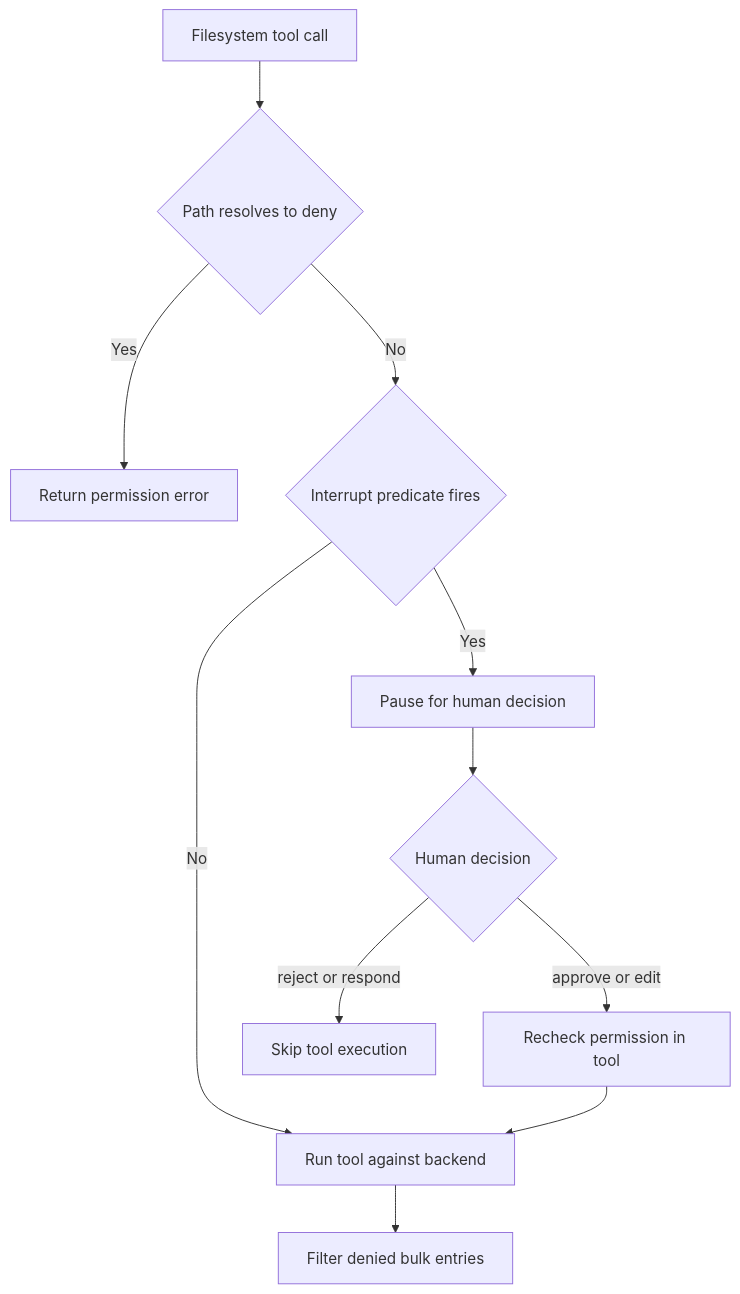
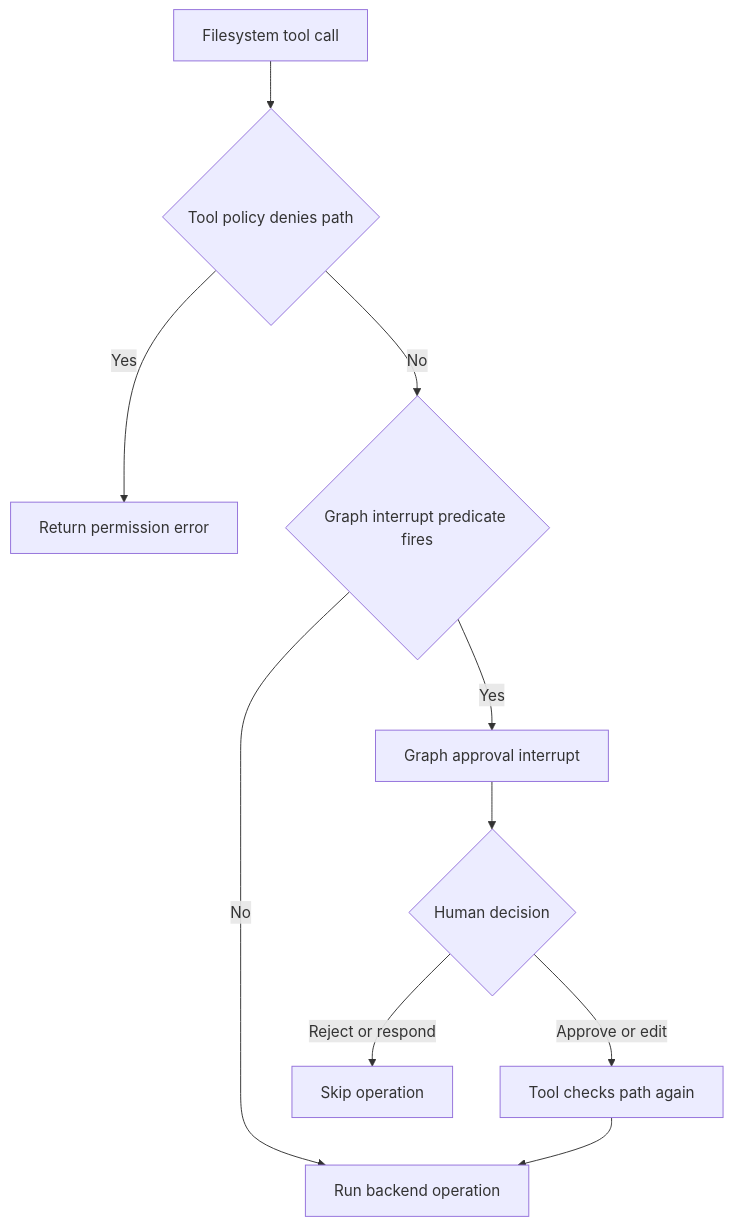
The first of 2 diagrams in openwiki/concepts/permissions-hitl.md (langchain-ai/deepagents), drawn with Mermaid before and after one commit. The commit also changed other lines of this file and 27 other files, not shown here.

````diff
--- a/openwiki/concepts/permissions-hitl.md
+++ b/openwiki/concepts/permissions-hitl.md
@@ -93,13 +82,12 @@
 ```mermaid
 flowchart TD
-    Call["Filesystem tool call"] --> DenyCheck{"Path resolves to deny"}
+    Call["Filesystem tool call"] --> DenyCheck{"Tool policy denies path"}
     DenyCheck -->|Yes| Denied["Return permission error"]
-    DenyCheck -->|No| InterruptCheck{"Interrupt predicate fires"}
-    InterruptCheck -->|No| Run["Run tool against backend"]
-    InterruptCheck -->|Yes| Pause["Pause for human decision"]
+    DenyCheck -->|No| Gate{"Graph interrupt predicate fires"}
+    Gate -->|No| Run["Run backend operation"]
+    Gate -->|Yes| Pause["Graph approval interrupt"]
     Pause --> Decision{"Human decision"}
-    Decision -->|approve or edit| Recheck["Recheck permission in tool"]
-    Decision -->|reject or respond| Skip["Skip tool execution"]
+    Decision -->|Approve or edit| Recheck["Tool checks path again"]
+    Decision -->|Reject or respond| Skip["Skip operation"]
     Recheck --> Run
-    Run --> Filter["Filter denied bulk entries"]
 ```
````
